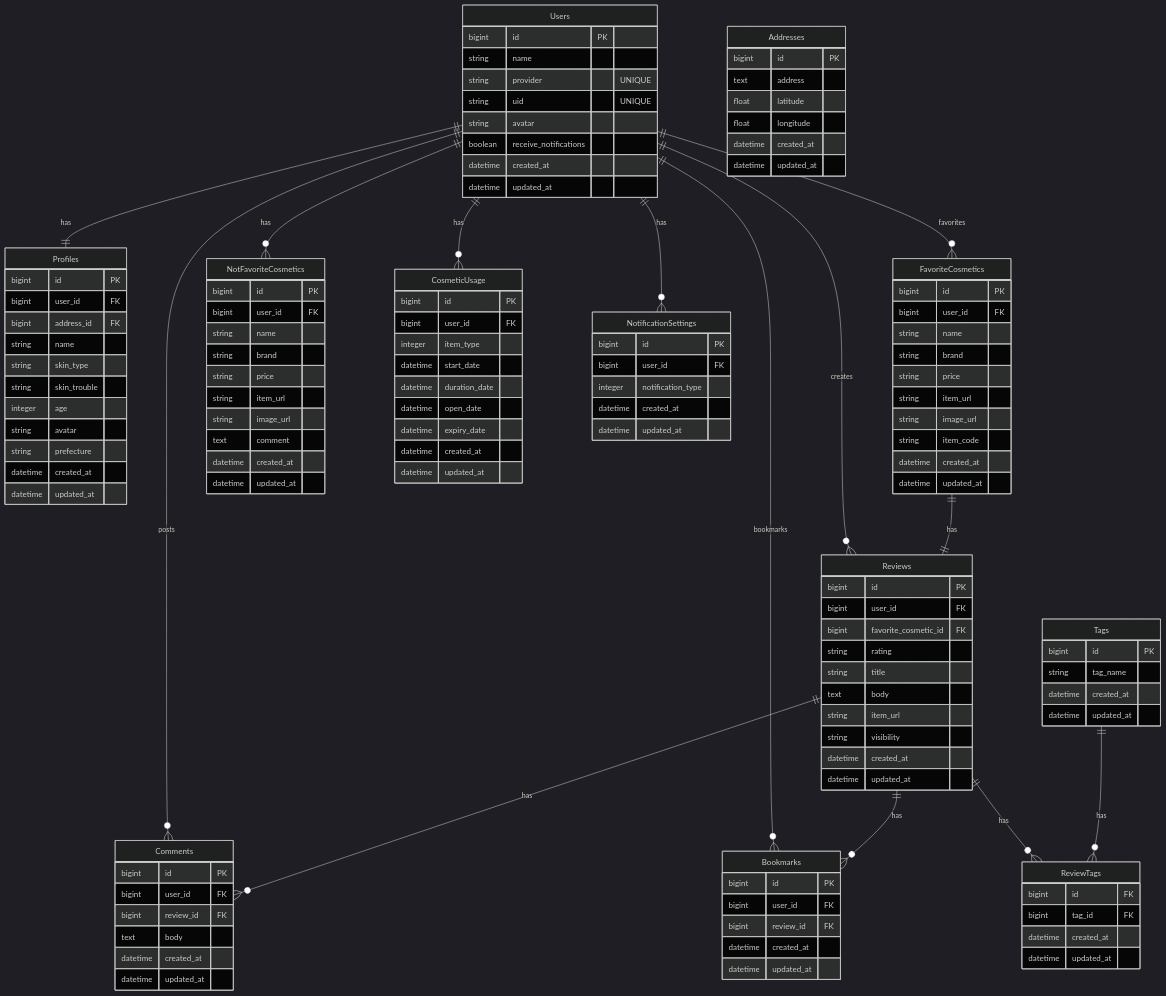
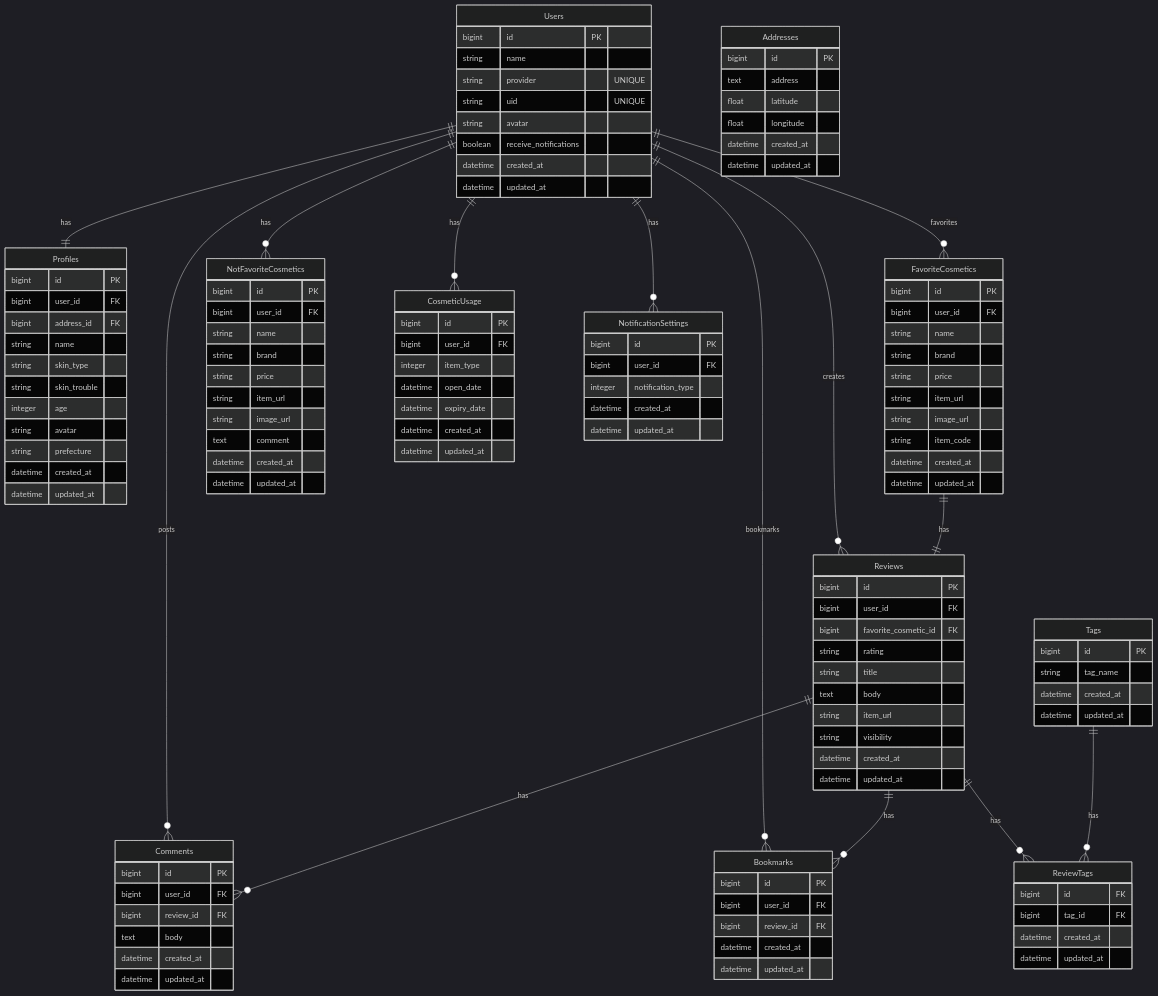
One commit to rk0325/korecare changed the diagram in README.md. Above: the diagram before and after it, drawn with Mermaid (dark theme). The commit also changed 1 other file, not shown here.

Commit message:
[update]README修正

```diff
--- a/README.md
+++ b/README.md
@@ -82,8 +82,6 @@
   bigint id PK
   bigint user_id FK
   integer item_type
-  datetime start_date
-  datetime duration_date
   datetime open_date
   datetime expiry_date
   datetime created_at
```
